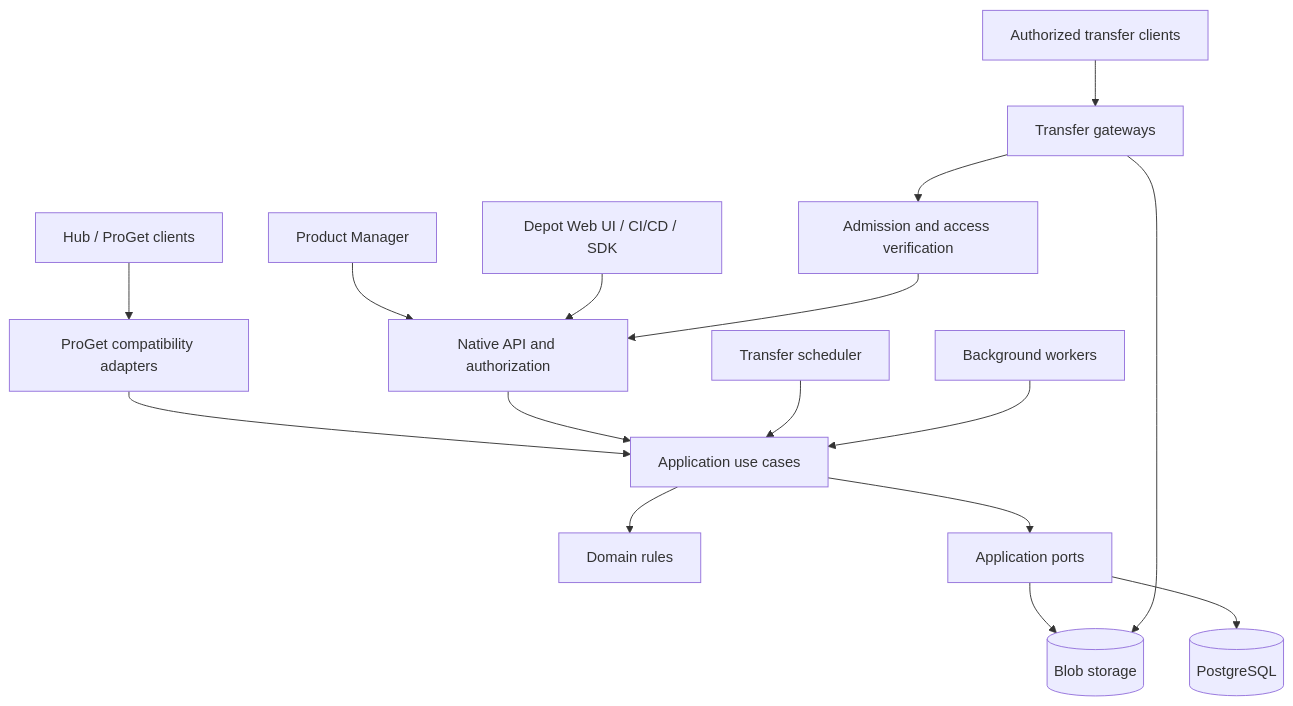
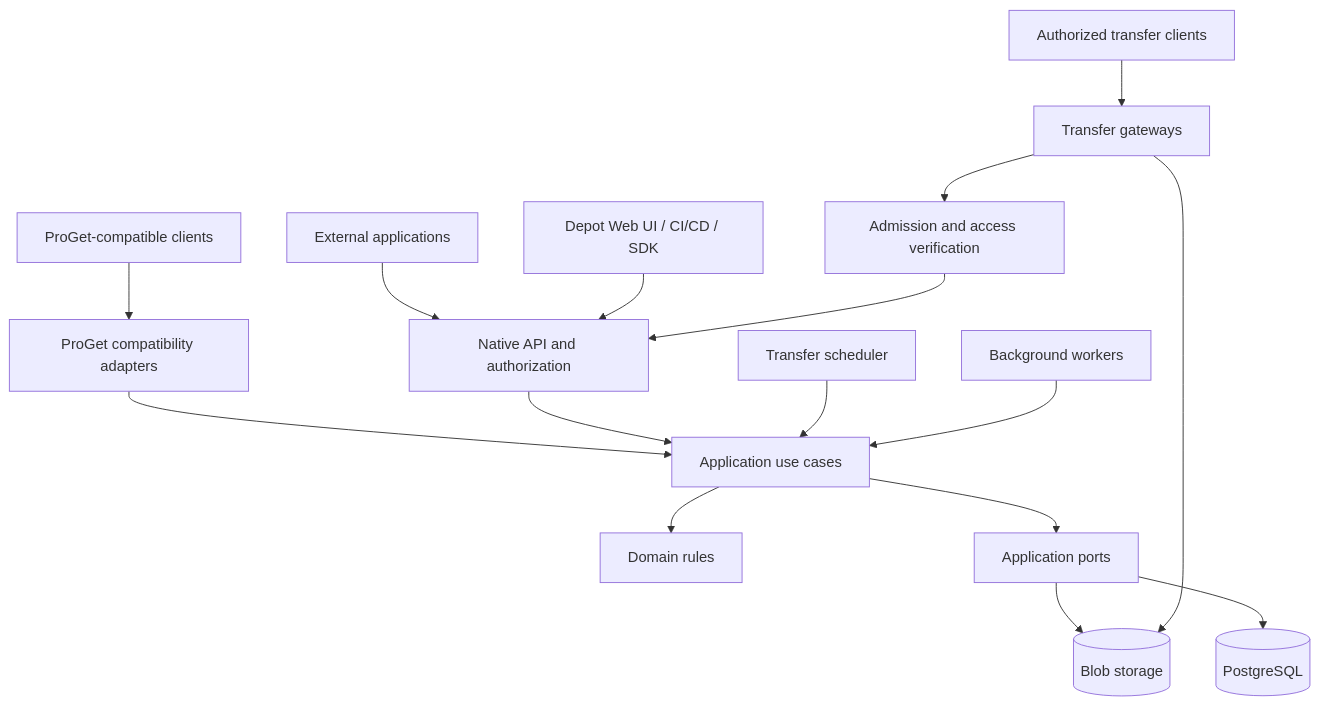
Before and after one commit to ProAnima/Arkvory: the diagram in README.md, drawn with Mermaid. The commit also changed other lines of this file and 10 other files, not shown here.

````diff
--- a/README.md
+++ b/README.md
@@ -72,18 +74,18 @@
 ```mermaid
 flowchart TD
-    PM[Product Manager] --> API[Native API and authorization]
+    EXT[External applications] --> API[Native API and authorization]
     UI[Depot Web UI / CI/CD / SDK] --> API
-    LEGACY[Hub / ProGet clients] --> COMPAT[ProGet compatibility adapters]
+    LEGACY[ProGet-compatible clients] --> COMPAT[ProGet compatibility adapters]
     COMPAT --> APP[Application use cases]
     API --> APP
     APP --> DOMAIN[Domain rules]
     APP --> PORTS[Application ports]
     PORTS --> DB[(PostgreSQL)]
     PORTS --> BLOBS[(Blob storage)]
     SCHED[Transfer scheduler] --> APP
     WORKER[Background workers] --> APP
     CLIENT[Authorized transfer clients] --> GATEWAY[Transfer gateways]
     GATEWAY --> BLOBS
     GATEWAY --> AUTH[Admission and access verification]
     AUTH --> API
 ```
````
